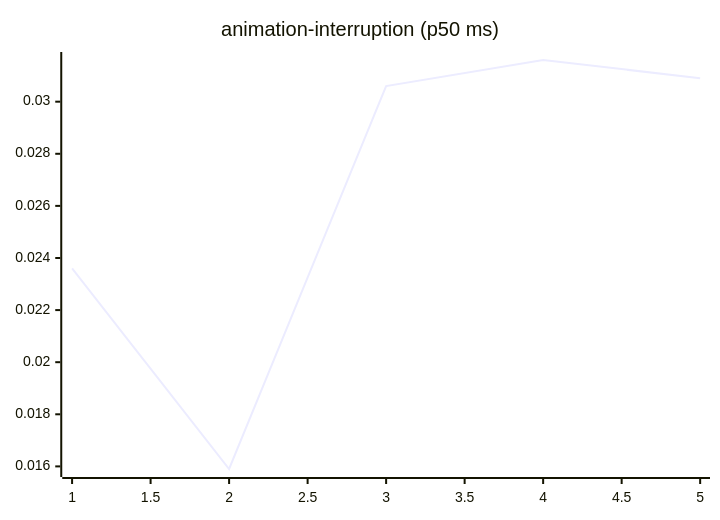
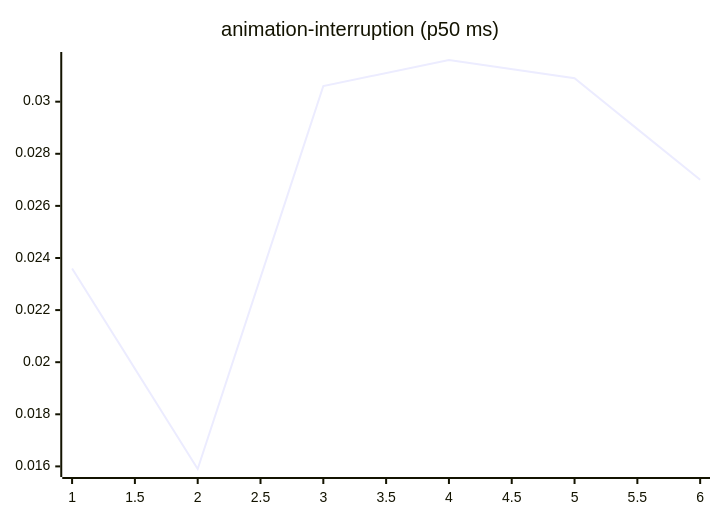
The third of 27 diagrams in README.md (josha/Facet), drawn with Mermaid before and after one commit. The commit also changed other lines of this file and 2 other files, not shown here.

````diff
--- a/README.md
+++ b/README.md
@@ -77,6 +77,6 @@
 ```mermaid
 xychart-beta
     title "animation-interruption (p50 ms)"
-    x-axis 1 --> 5
-    line [0.0236, 0.0159, 0.0306, 0.0316, 0.0309]
+    x-axis 1 --> 6
+    line [0.0236, 0.0159, 0.0306, 0.0316, 0.0309, 0.0270]
 ```
````
